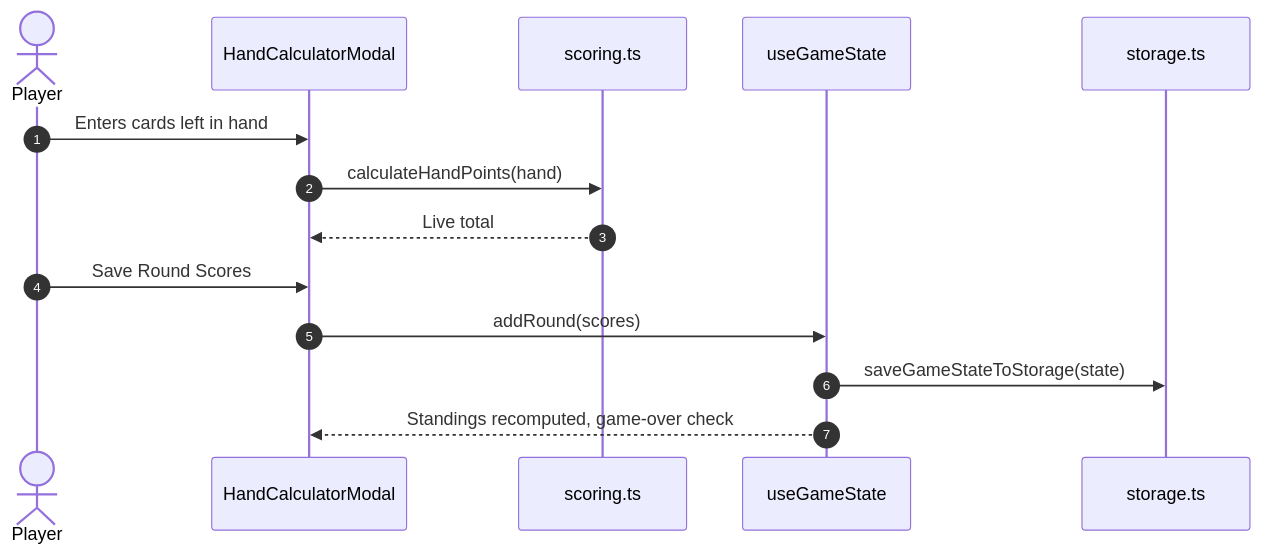
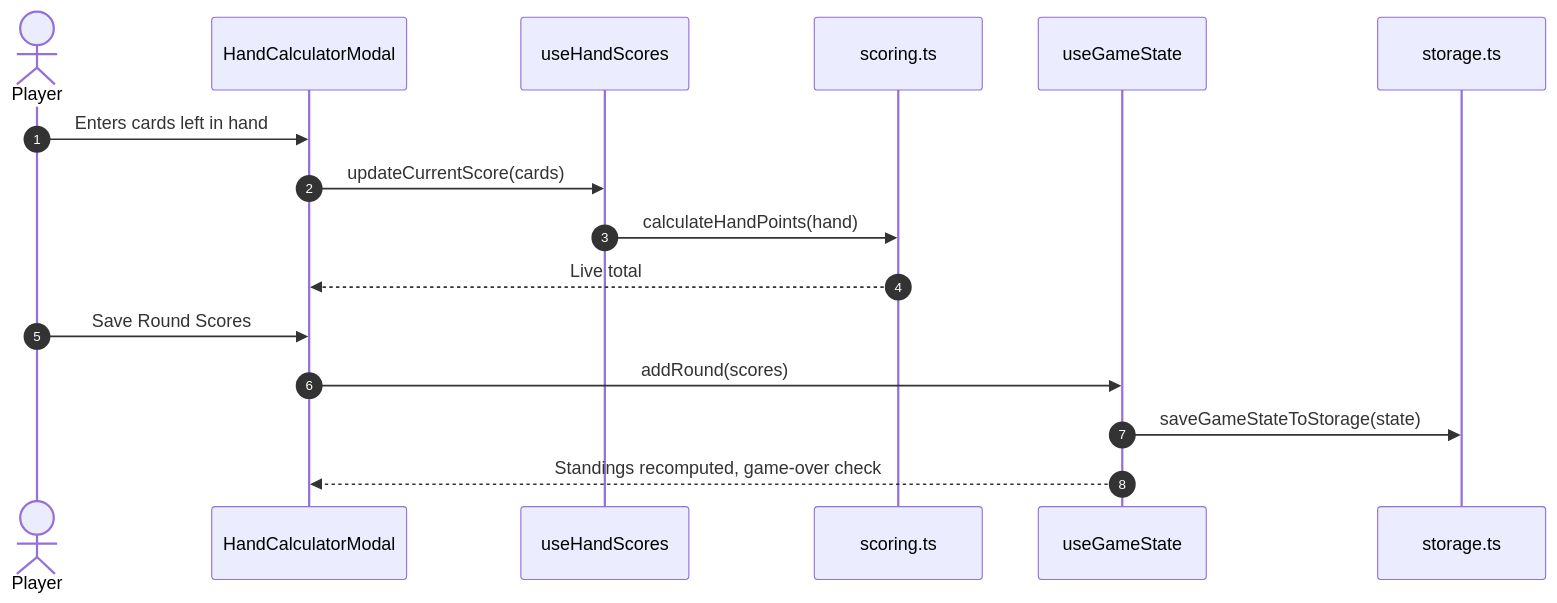
One commit to simo-macca/pandoras-box-app changed the second of 2 diagrams in docs/ARCHITECTURE.md. Above: the diagram before and after it, drawn with Mermaid. The commit also changed other lines of this file and 7 other files, not shown here.

First line of the commit message:
docs: update README, architecture and rules docs for the refactor

````diff
--- a/docs/ARCHITECTURE.md
+++ b/docs/ARCHITECTURE.md
@@ -245,17 +274,19 @@
 ```mermaid
 sequenceDiagram
     autonumber
     actor P as Player
     participant UI as HandCalculatorModal
+    participant H as useHandScores
     participant S as scoring.ts
     participant E as useGameState
     participant St as storage.ts
 
     P->>UI: Enters cards left in hand
-    UI->>S: calculateHandPoints(hand)
+    UI->>H: updateCurrentScore(cards)
+    H->>S: calculateHandPoints(hand)
     S-->>UI: Live total
     P->>UI: Save Round Scores
     UI->>E: addRound(scores)
     E->>St: saveGameStateToStorage(state)
     E-->>UI: Standings recomputed, game-over check
 ```
````
